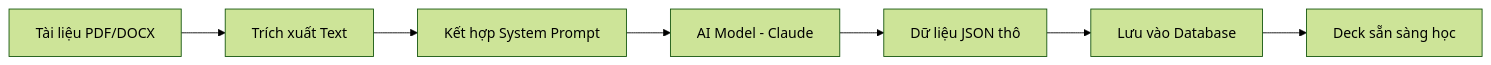
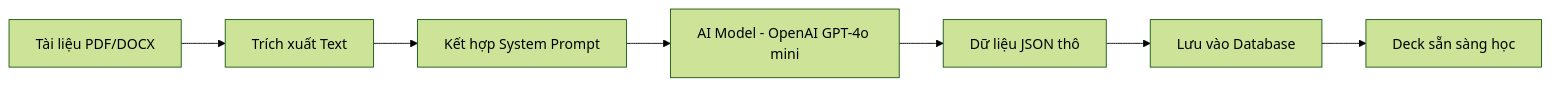
The fourth of 4 diagrams in docs/diagrams.md (buicaochinh/VinUni-Memio-Flashcard), drawn with Mermaid (forest theme) before and after one commit. The commit also changed other lines of this file and 6 other files, not shown here.

````diff
--- a/docs/diagrams.md
+++ b/docs/diagrams.md
@@ -99,9 +99,9 @@
 ```mermaid
 flowchart LR
     PDF[Tài liệu PDF/DOCX] --> Extract[Trích xuất Text]
     Extract --> Prompt[Kết hợp System Prompt]
-    Prompt --> LLM[AI Model - Claude]
+    Prompt --> LLM[AI Model - OpenAI GPT-4o mini]
     LLM --> JSON[Dữ liệu JSON thô]
     JSON --> Save[Lưu vào Database]
     Save --> Ready[Deck sẵn sàng học]
 ```
````
